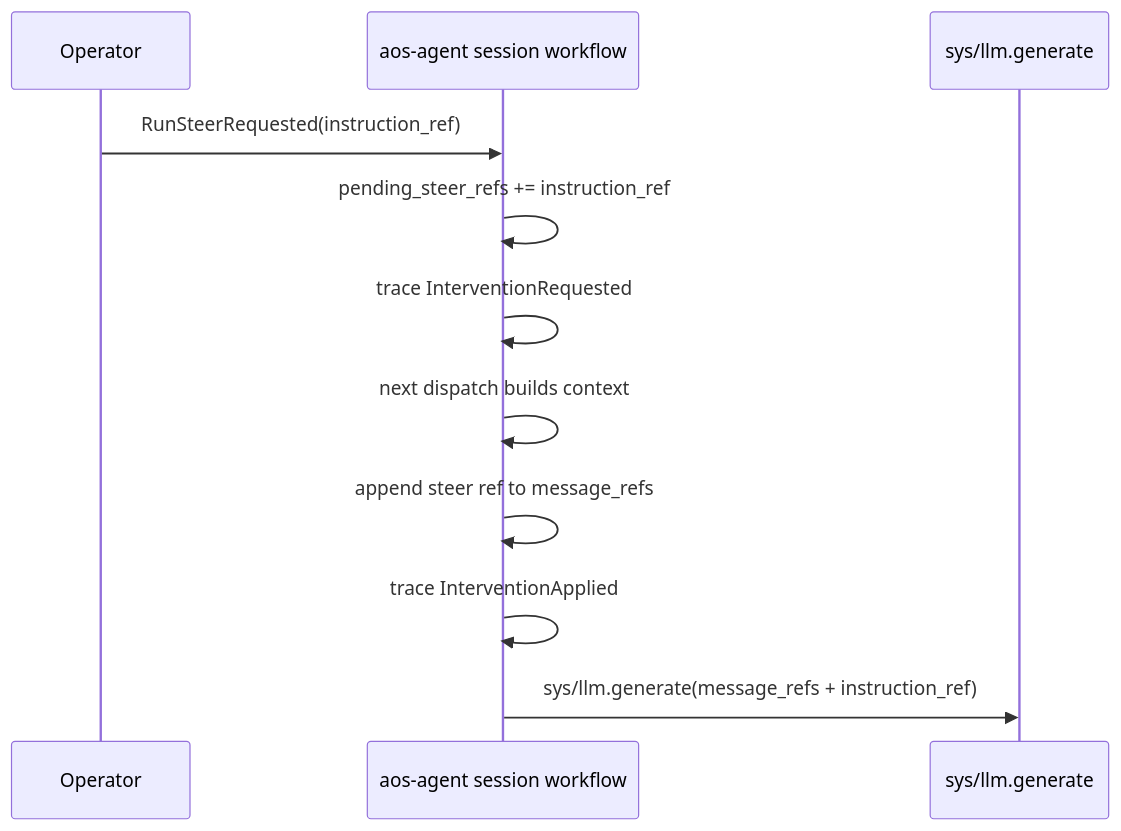
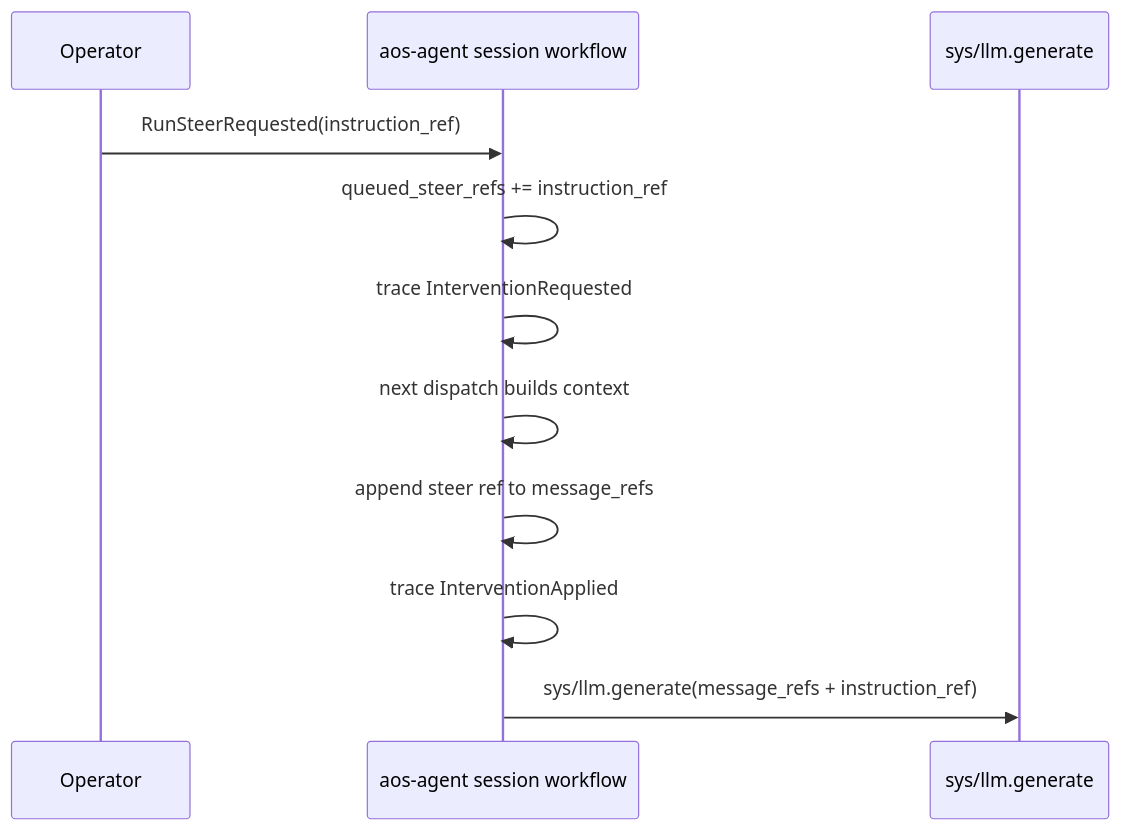
Diagram 20 of 22 in roadmap/v0.30-agent/visual-guide.md (smartcomputer-ai/agent-os), drawn with Mermaid before and after one commit. The commit also changed other lines of this file and 15 other files, not shown here.

````diff
--- a/roadmap/v0.30-agent/visual-guide.md
+++ b/roadmap/v0.30-agent/visual-guide.md
@@ -1488,14 +1488,14 @@
 ```mermaid
 sequenceDiagram
   participant Operator
   participant Agent as aos-agent session workflow
   participant LLM as sys/llm.generate
 
   Operator->>Agent: RunSteerRequested(instruction_ref)
-  Agent->>Agent: pending_steer_refs += instruction_ref
+  Agent->>Agent: queued_steer_refs += instruction_ref
   Agent->>Agent: trace InterventionRequested
   Agent->>Agent: next dispatch builds context
   Agent->>Agent: append steer ref to message_refs
   Agent->>Agent: trace InterventionApplied
   Agent->>LLM: sys/llm.generate(message_refs + instruction_ref)
 ```
````
